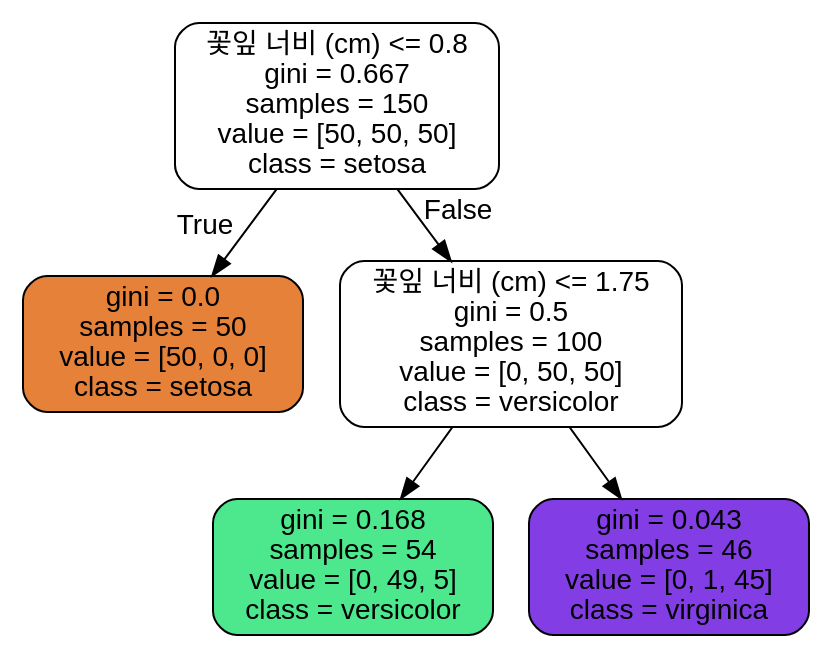
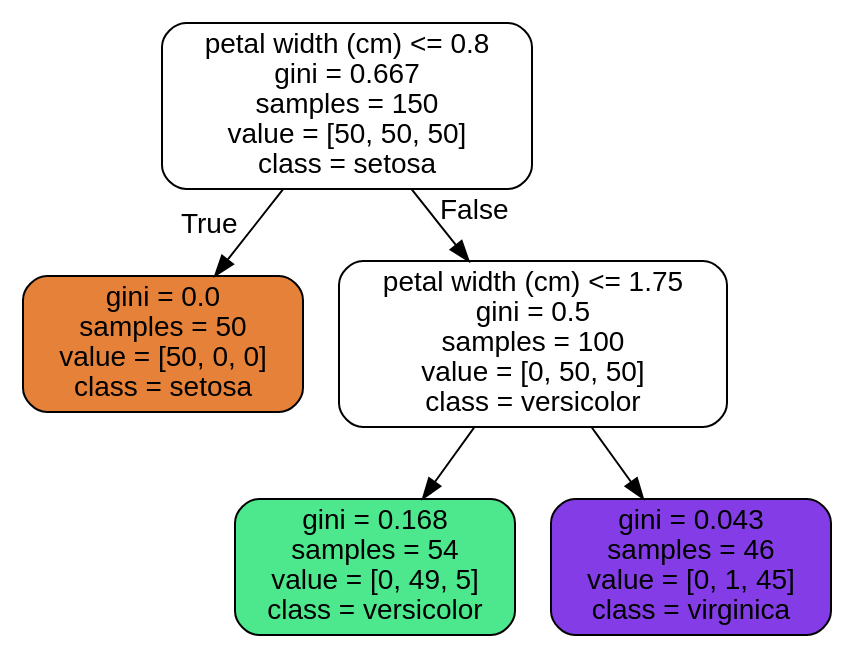
One commit to slykid/Python3 changed the diagram in images/decision_trees/iris_tree.dot. Above: the diagram before and after it, drawn with Graphviz. The commit also changed 2 other files, not shown here.

```diff
--- a/images/decision_trees/iris_tree.dot
+++ b/images/decision_trees/iris_tree.dot
@@ -1,13 +1,13 @@
 digraph Tree {
 node [shape=box, style="filled, rounded", color="black", fontname=helvetica] ;
 edge [fontname=helvetica] ;
-0 [label="꽃잎 너비 (cm) <= 0.8\ngini = 0.667\nsamples = 150\nvalue = [50, 50, 50]\nclass = setosa", fillcolor="#e5813900"] ;
-1 [label="gini = 0.0\nsamples = 50\nvalue = [50, 0, 0]\nclass = setosa", fillcolor="#e58139ff"] ;
+0 [label="petal width (cm) <= 0.8\ngini = 0.667\nsamples = 150\nvalue = [50, 50, 50]\nclass = setosa", fillcolor="#ffffff"] ;
+1 [label="gini = 0.0\nsamples = 50\nvalue = [50, 0, 0]\nclass = setosa", fillcolor="#e58139"] ;
 0 -> 1 [labeldistance=2.5, labelangle=45, headlabel="True"] ;
-2 [label="꽃잎 너비 (cm) <= 1.75\ngini = 0.5\nsamples = 100\nvalue = [0, 50, 50]\nclass = versicolor", fillcolor="#39e58100"] ;
+2 [label="petal width (cm) <= 1.75\ngini = 0.5\nsamples = 100\nvalue = [0, 50, 50]\nclass = versicolor", fillcolor="#ffffff"] ;
 0 -> 2 [labeldistance=2.5, labelangle=-45, headlabel="False"] ;
-3 [label="gini = 0.168\nsamples = 54\nvalue = [0, 49, 5]\nclass = versicolor", fillcolor="#39e581e5"] ;
+3 [label="gini = 0.168\nsamples = 54\nvalue = [0, 49, 5]\nclass = versicolor", fillcolor="#4de88e"] ;
 2 -> 3 ;
-4 [label="gini = 0.043\nsamples = 46\nvalue = [0, 1, 45]\nclass = virginica", fillcolor="#8139e5f9"] ;
+4 [label="gini = 0.043\nsamples = 46\nvalue = [0, 1, 45]\nclass = virginica", fillcolor="#843de6"] ;
 2 -> 4 ;
 }
```
